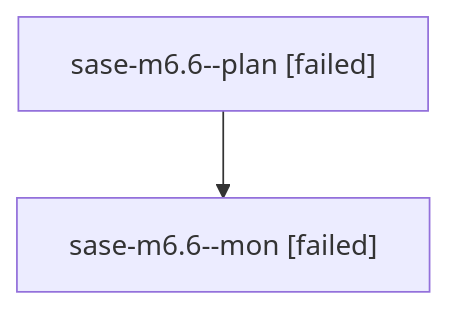
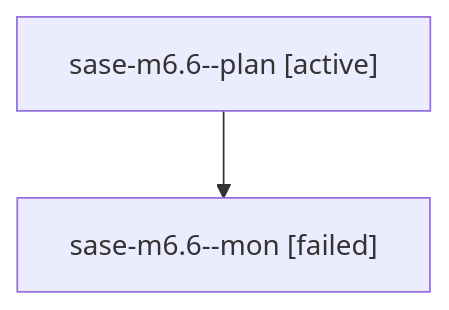
The diagram in families/bbugyi200.athena.sase-m6.6.md (sase-org/sase--agents), drawn with Mermaid before and after one commit. The commit also changed other lines of this file and 35830 other files, not shown here.

````diff
--- a/families/bbugyi200.athena.sase-m6.6.md
+++ b/families/bbugyi200.athena.sase-m6.6.md
@@ -9,6 +9,6 @@
 ```mermaid
 flowchart TD
-  n0["sase-m6.6--plan [failed]"]
+  n0["sase-m6.6--plan [active]"]
   n1["sase-m6.6--mon [failed]"]
   n0 --> n1
 ```
````
